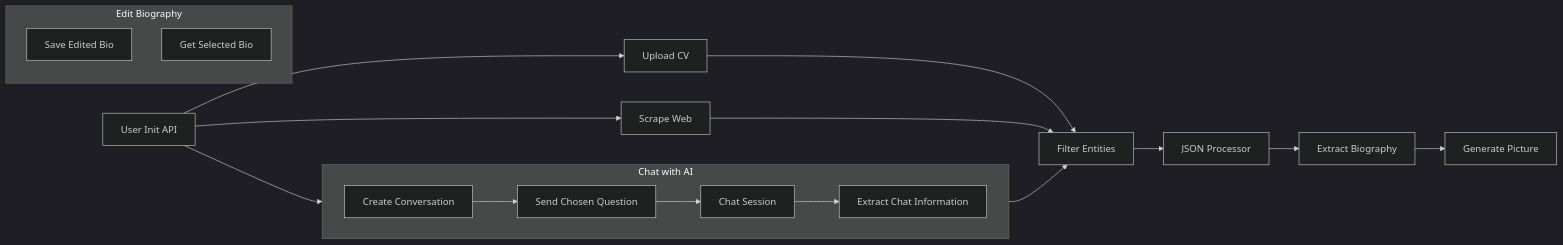
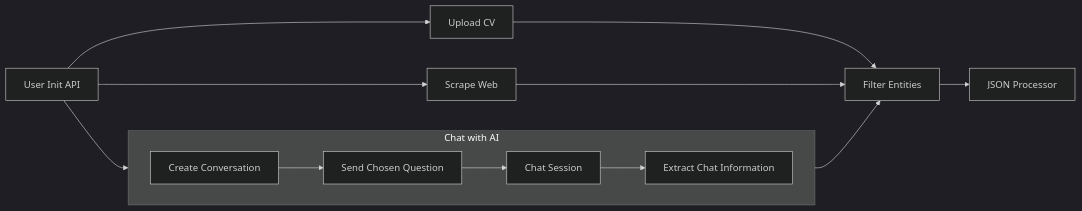
The first of 2 diagrams in docs/Personal-AI-APIs.md (KarreraAI/knowledge-base), drawn with Mermaid (dark theme) before and after one commit. The commit also changed other lines of this file, not shown here.

````diff
--- a/docs/Personal-AI-APIs.md
+++ b/docs/Personal-AI-APIs.md
@@ -3,34 +3,26 @@
 ```mermaid
 graph LR
     A[User Init API]
     B[Upload CV]
     C[Scrape Web]
     subgraph Chat with AI
         direction LR
         D1[Create Conversation]
         D2[Send Chosen Question]
         D3[Chat Session]
         D4[Extract Chat Information]
     end
     E[Filter Entities]
     F[JSON Processor]
-    G[Extract Biography]
-    H[Generate Picture]
-    subgraph Edit Biography
-        I1[Save Edited Bio]
-        I2[Get Selected Bio]
-    end
-    
+   
     A --> B
     A --> C
     A --> D1
     D1 --> D2
     D2 --> D3
     D3 --> D4
     B --> E
     C --> E
     D4 --> E
     E --> F
-    F --> G
-    G --> H 
 ```
````
